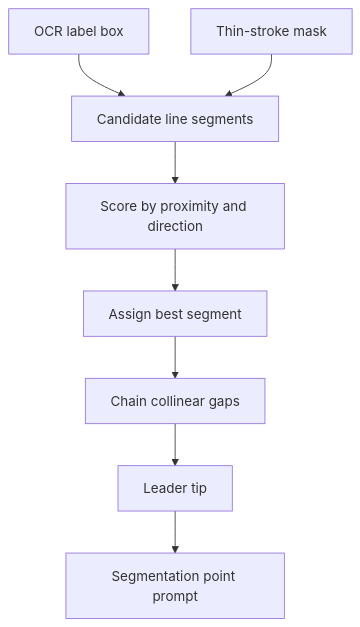
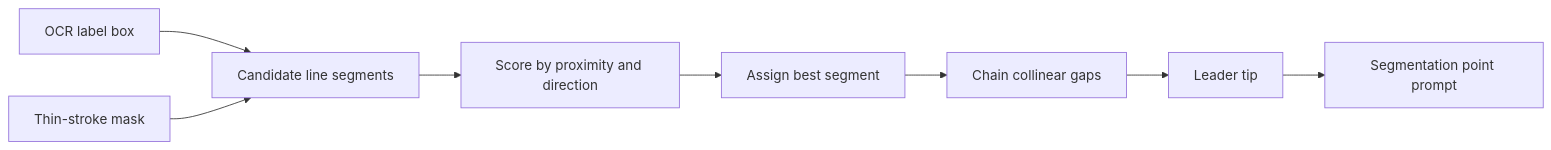
Before and after one commit to mrhunsaker/TactiDiagram: the second of 2 diagrams in docs/pipeline.md, drawn with Mermaid. The commit also changed other lines of this file and 2 other files, not shown here.

Commit message:
Improve documentation diagram connector routing (#20)
## Summary
- Change the three Mermaid flowcharts in `docs/architecture.md` and
`docs/pipeline.md` from top-to-bottom to left-to-right layout to reduce
connector crossings.
- Use orthogonal step connectors and increase node/rank spacing in the
shared Mermaid configuration for clearer routing.
- Preserve all existing nodes, labels, and relationships.

## Scope
Documentation only. No application source, segmentation pipeline, or
processing behavior is changed.

## Validation
- Reviewed the three Mermaid definitions and shared renderer
configuration.
- MkDocs build and rendered-browser inspection were not run, so visual
crossing-free behavior still needs confirmation in the
published/rendered diagrams. Mermaid's automatic layout cannot guarantee
zero crossings for every graph.

````diff
--- a/docs/pipeline.md
+++ b/docs/pipeline.md
@@ -104,10 +104,10 @@
 ```mermaid
-flowchart TD
+flowchart LR
   A[OCR label box] --> C[Candidate line segments]
   B[Thin-stroke mask] --> C
   C --> D[Score by proximity and direction]
   D --> E[Assign best segment]
   E --> F[Chain collinear gaps]
   F --> G[Leader tip]
   G --> H[Segmentation point prompt]
 ```
````
